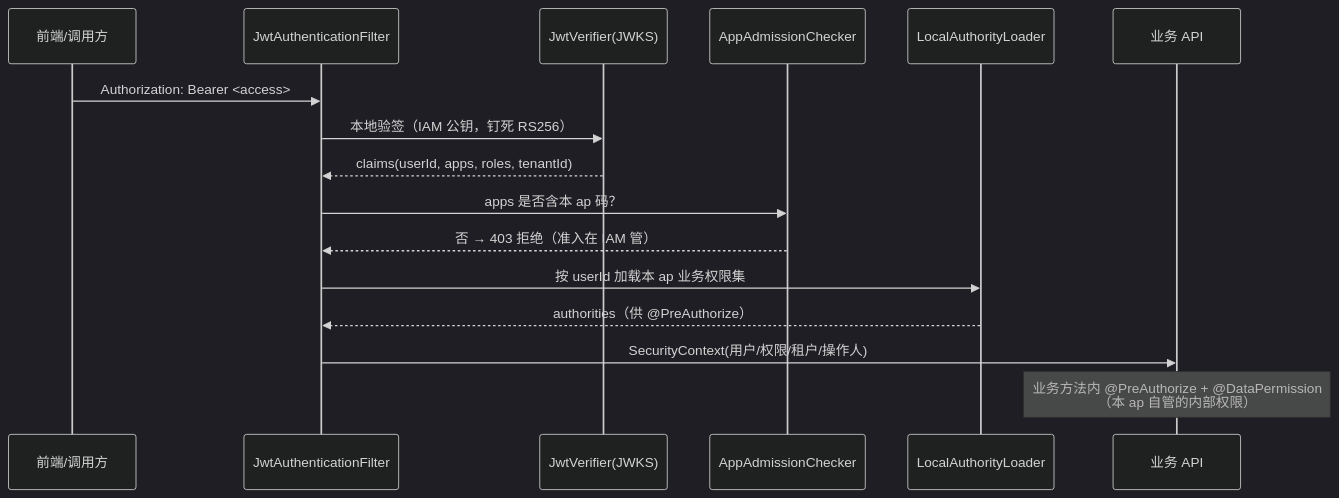
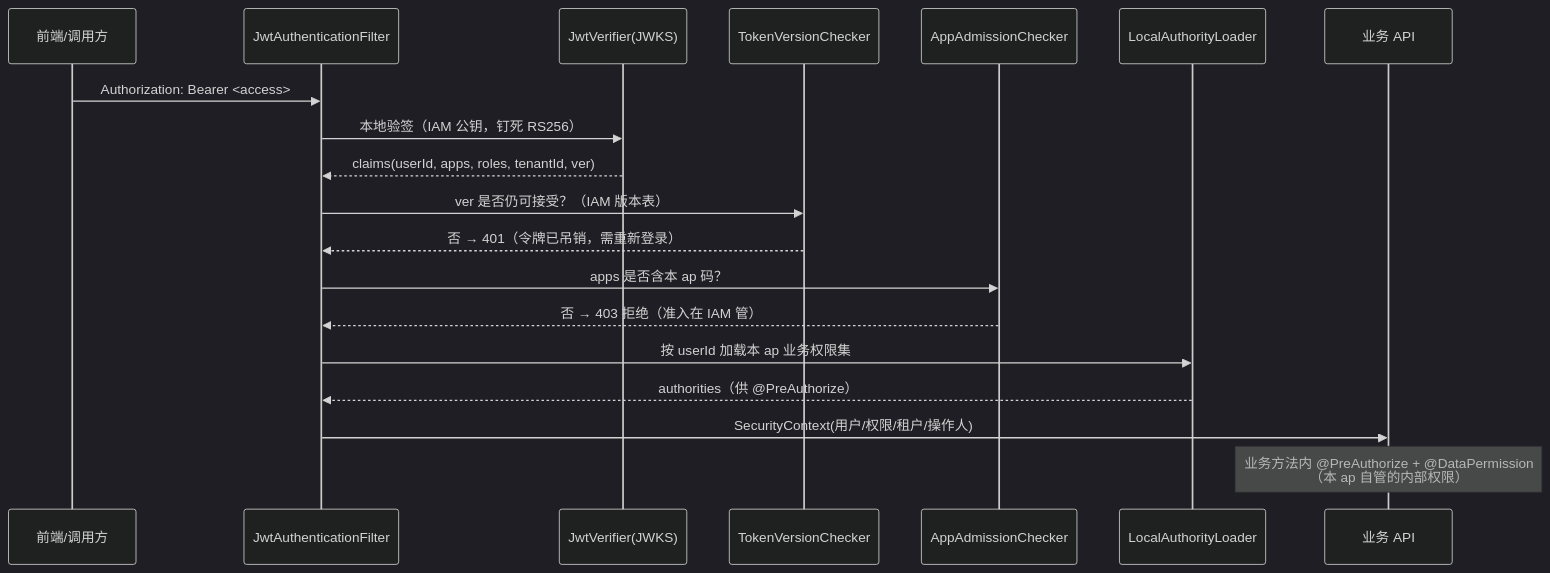
The second of 2 diagrams in docs/platform/server/design.md (steven1213/cim-ap), drawn with Mermaid (dark theme) before and after one commit. The commit also changed other lines of this file and 83 other files, not shown here.

````diff
--- a/docs/platform/server/design.md
+++ b/docs/platform/server/design.md
@@ -290,18 +294,21 @@
 ```mermaid
 sequenceDiagram
   participant C as 前端/调用方
   participant F as JwtAuthenticationFilter
   participant J as JwtVerifier(JWKS)
+  participant V as TokenVersionChecker
   participant A as AppAdmissionChecker
   participant L as LocalAuthorityLoader
   participant S as 业务 API
   C->>F: Authorization: Bearer <access>
   F->>J: 本地验签（IAM 公钥，钉死 RS256）
-  J-->>F: claims(userId, apps, roles, tenantId)
+  J-->>F: claims(userId, apps, roles, tenantId, ver)
+  F->>V: ver 是否仍可接受？（IAM 版本表）
+  V-->>F: 否 → 401（令牌已吊销，需重新登录）
   F->>A: apps 是否含本 ap 码？
   A-->>F: 否 → 403 拒绝（准入在 IAM 管）
   F->>L: 按 userId 加载本 ap 业务权限集
   L-->>F: authorities（供 @PreAuthorize）
   F->>S: SecurityContext(用户/权限/租户/操作人)
   Note over S: 业务方法内 @PreAuthorize + @DataPermission<br/>（本 ap 自管的内部权限）
 ```
````
